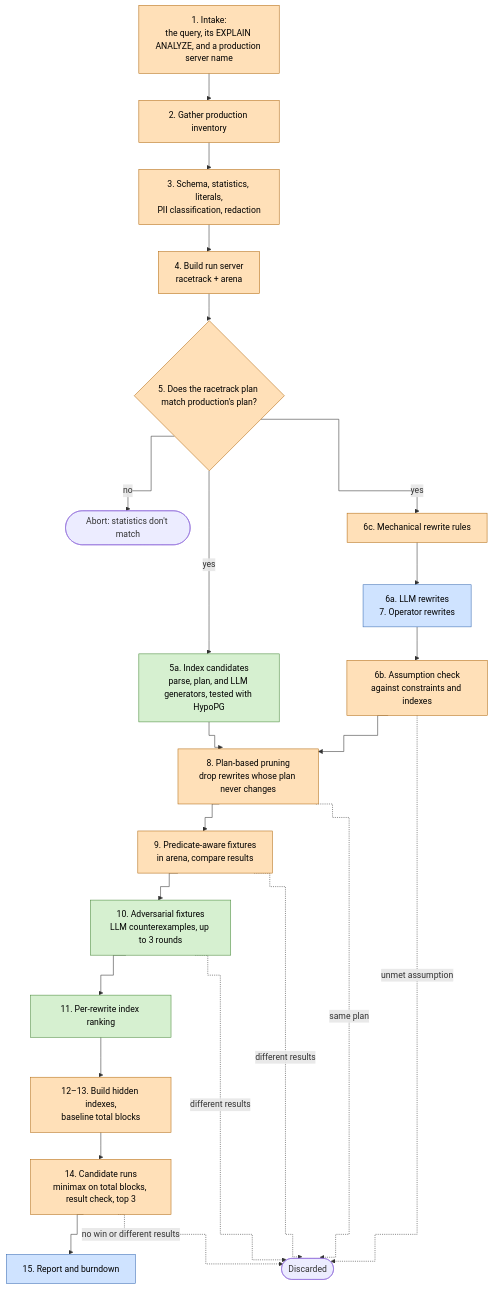
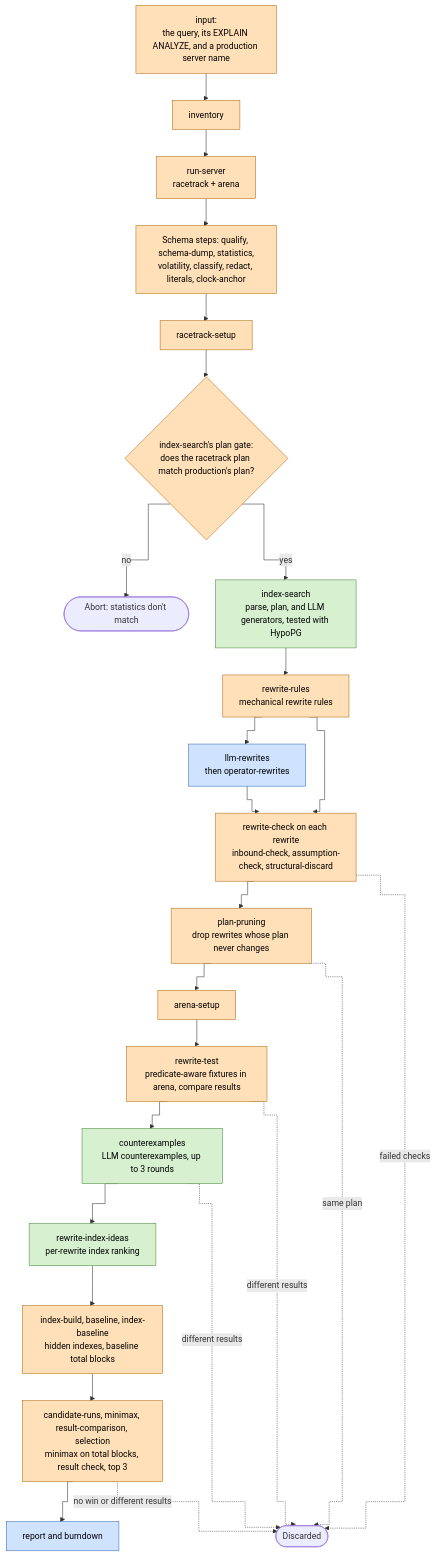
Before and after one commit to benchub/quaack: the second of 2 diagrams in DESIGN.md, drawn with Mermaid. The commit also changed other lines of this file and 7 other files, not shown here.

First line of the commit message:
Outline DESIGN.md's run order and name its sections by slug

````diff
--- a/DESIGN.md
+++ b/DESIGN.md
@@ -62,33 +62,35 @@
 ```mermaid
 %%{init: {"flowchart": {"curve": "step"}}}%%
 flowchart TD
-    s1["1. Intake:<br/>the query, its EXPLAIN ANALYZE, and a production server name"] --> s2["2. Gather production inventory"]
-    s2 --> s3["3. Schema, statistics, literals,<br/>PII classification, redaction"]
-    s3 --> s4["4. Build run server<br/>racetrack + arena"]
-    s4 --> s5{"5. Does the racetrack plan match production's plan?"}
-    s5 -- no --> abort(["Abort: statistics don't match"])
-    s5 -- yes --> s5a["5a. Index candidates<br/>parse, plan, and LLM generators, tested with HypoPG"]
-    s5 -- yes --> s6c["6c. Mechanical rewrite rules"]
-    s6c --> s6a["6a. LLM rewrites<br/>7. Operator rewrites"]
-    s6a --> s6b["6b. Assumption check<br/>against constraints and indexes"]
-    s5a --> s8
-    s6b --> s8["8. Plan-based pruning<br/>drop rewrites whose plan never changes"]
-    s8 --> s9["9. Predicate-aware fixtures<br/>in arena, compare results"]
-    s9 --> s10["10. Adversarial fixtures<br/>LLM counterexamples, up to 3 rounds"]
-    s10 --> s11["11. Per-rewrite index ranking"]
-    s11 --> s12["12–13. Build hidden indexes,<br/>baseline total blocks"]
-    s12 --> s14["14. Candidate runs<br/>minimax on total blocks, result check, top 3"]
-    s14 --> s15["15. Report and burndown"]
-    s6b -. unmet assumption .-> out(["Discarded"])
-    s8 -. same plan .-> out
-    s9 -. different results .-> out
-    s10 -. different results .-> out
-    s14 -. no win or different results .-> out
+    input["input:<br/>the query, its EXPLAIN ANALYZE, and a production server name"] --> inventory["inventory"]
+    inventory --> runserver["run-server<br/>racetrack + arena"]
+    runserver --> schema["Schema steps: qualify, schema-dump, statistics,<br/>volatility, classify, redact, literals, clock-anchor"]
+    schema --> racetrack["racetrack-setup"]
+    racetrack --> gate{"index-search's plan gate:<br/>does the racetrack plan match production's plan?"}
+    gate -- no --> abort(["Abort: statistics don't match"])
+    gate -- yes --> search["index-search<br/>parse, plan, and LLM generators, tested with HypoPG"]
+    search --> rules["rewrite-rules<br/>mechanical rewrite rules"]
+    rules --> llm["llm-rewrites<br/>then operator-rewrites"]
+    rules --> check["rewrite-check on each rewrite<br/>inbound-check, assumption-check, structural-discard"]
+    llm --> check
+    check --> prune["plan-pruning<br/>drop rewrites whose plan never changes"]
+    prune --> arena["arena-setup"]
+    arena --> test["rewrite-test<br/>predicate-aware fixtures in arena, compare results"]
+    test --> cx["counterexamples<br/>LLM counterexamples, up to 3 rounds"]
+    cx --> ideas["rewrite-index-ideas<br/>per-rewrite index ranking"]
+    ideas --> build["index-build, baseline, index-baseline<br/>hidden indexes, baseline total blocks"]
+    build --> runs["candidate-runs, minimax, result-comparison, selection<br/>minimax on total blocks, result check, top 3"]
+    runs --> report["report and burndown"]
+    check -. failed checks .-> out(["Discarded"])
+    prune -. same plan .-> out
+    test -. different results .-> out
+    cx -. different results .-> out
+    runs -. no win or different results .-> out
 
     classDef enclave fill:#ffe0b8,stroke:#b36b12,color:#000
     classDef driver fill:#cfe3ff,stroke:#3b6db3,color:#000
     classDef both fill:#d6f0d0,stroke:#4a8a3c,color:#000
-    class s1,s2,s3,s4,s5,s6c,s6b,s8,s9,s12,s14 enclave
-    class s6a,s15 driver
-    class s5a,s10,s11 both
+    class input,inventory,runserver,schema,racetrack,gate,rules,check,prune,arena,test,build,runs enclave
+    class llm,report driver
+    class search,cx,ideas both
 ```
````
